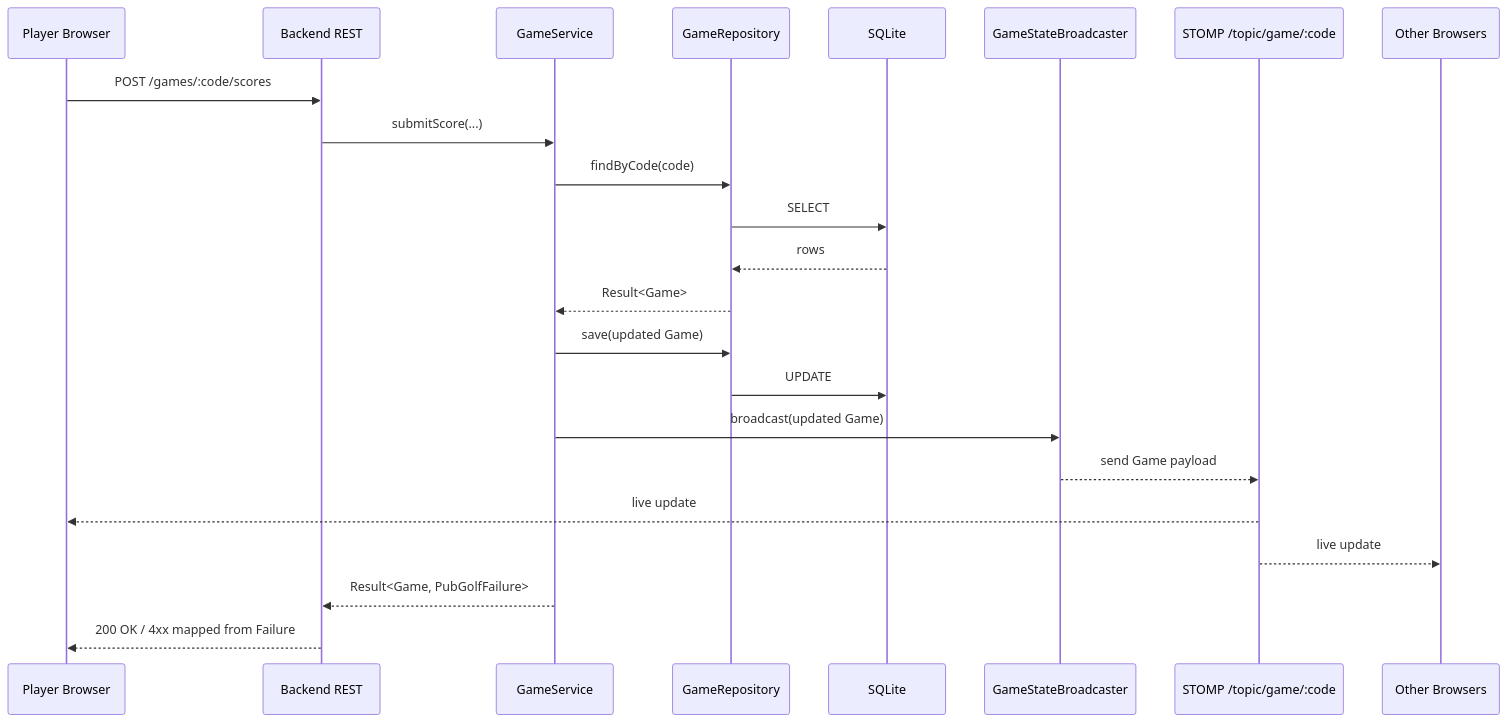
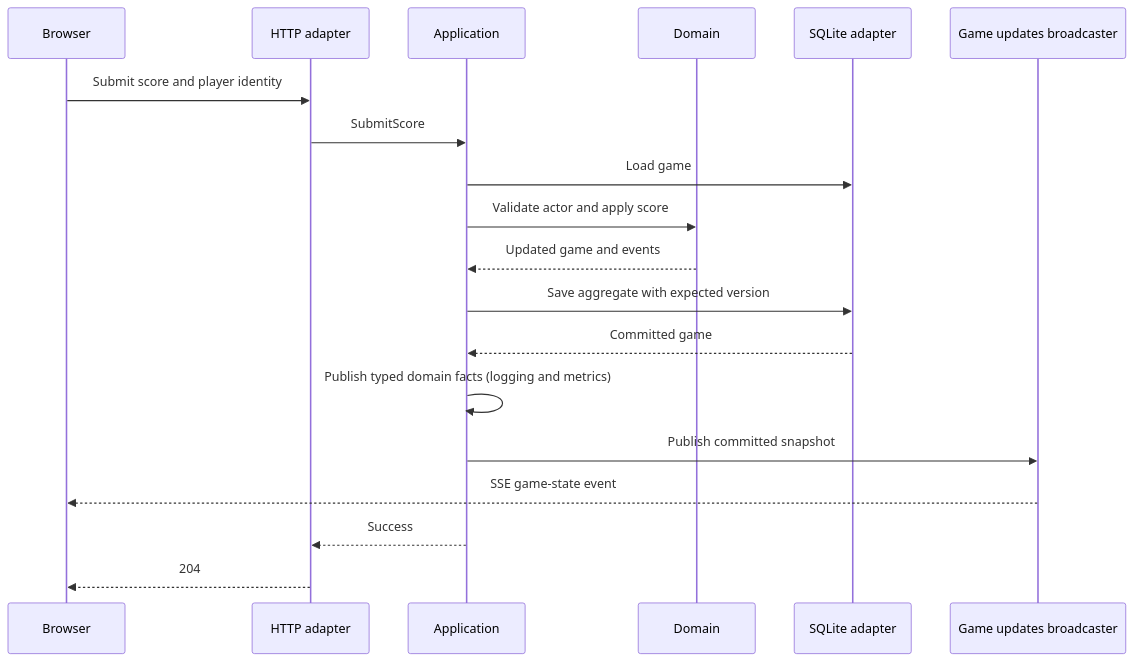
The second of 3 diagrams in docs/ARCHITECTURE.md (BenSuskins/pubgolf), drawn with Mermaid before and after one commit. The commit also changed other lines of this file and 193 other files, not shown here.

First line of the commit message:
Rewrite backend in Go with a protected Game aggregate and SSE (#239)

````diff
--- a/docs/ARCHITECTURE.md
+++ b/docs/ARCHITECTURE.md
@@ -48,26 +45,21 @@
 ```mermaid
 sequenceDiagram
-    participant Player as Player Browser
-    participant API as Backend REST
-    participant Service as GameService
-    participant Repo as GameRepository
-    participant DB as SQLite
-    participant Broadcaster as GameStateBroadcaster
-    participant Topic as STOMP /topic/game/:code
-    participant Others as Other Browsers
-
-    Player->>API: POST /games/:code/scores
-    API->>Service: submitScore(...)
-    Service->>Repo: findByCode(code)
-    Repo->>DB: SELECT
-    DB-->>Repo: rows
-    Repo-->>Service: Result<Game>
-    Service->>Repo: save(updated Game)
-    Repo->>DB: UPDATE
-    Service->>Broadcaster: broadcast(updated Game)
-    Broadcaster-->>Topic: send Game payload
-    Topic-->>Player: live update
-    Topic-->>Others: live update
-    Service-->>API: Result<Game, PubGolfFailure>
-    API-->>Player: 200 OK / 4xx mapped from Failure
+    participant B as Browser
+    participant H as HTTP adapter
+    participant A as Application
+    participant D as Domain
+    participant S as SQLite adapter
+    participant L as Game updates broadcaster
+    B->>H: Submit score and player identity
+    H->>A: SubmitScore
+    A->>S: Load game
+    A->>D: Validate actor and apply score
+    D-->>A: Updated game and events
+    A->>S: Save aggregate with expected version
+    S-->>A: Committed game
+    A->>A: Publish typed domain facts (logging and metrics)
+    A->>L: Publish committed snapshot
+    L-->>B: SSE game-state event
+    A-->>H: Success
+    H-->>B: 204
 ```
````
